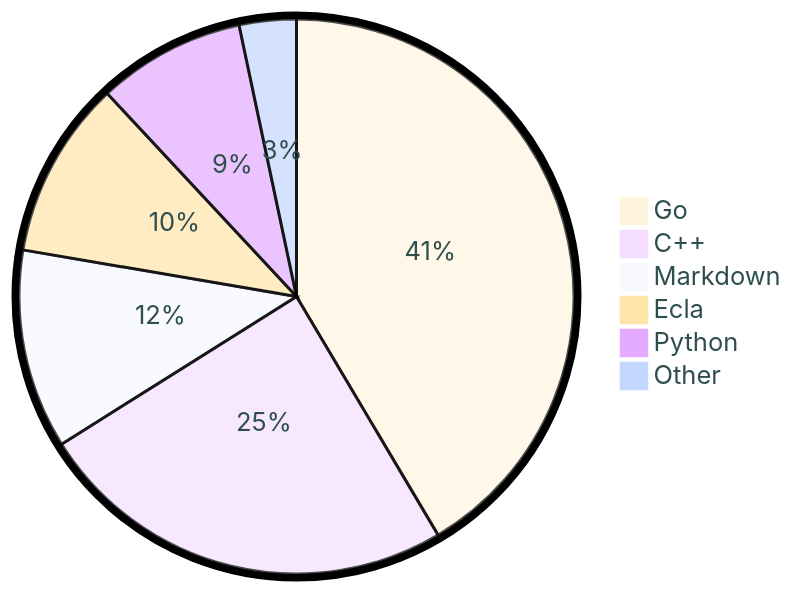
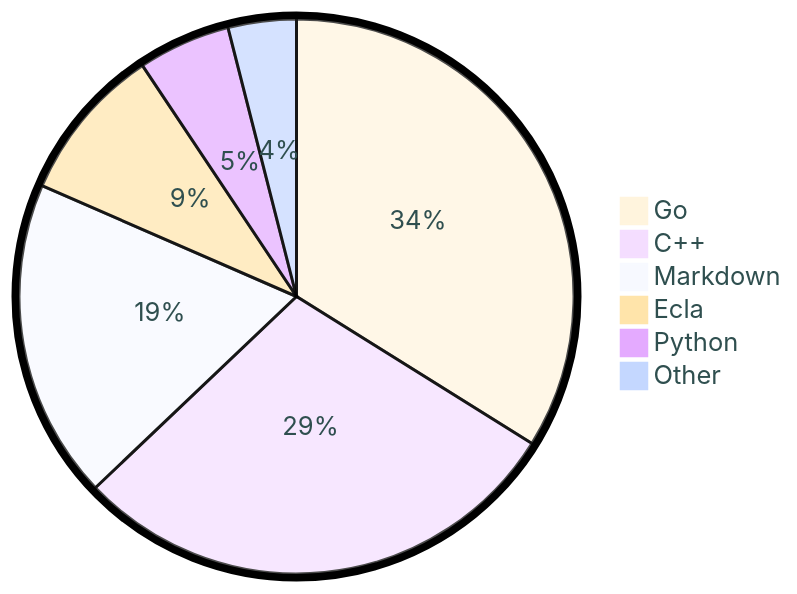
The diagram in README.md (tot0p/tot0p), drawn with Mermaid before and after one commit. The commit also changed other lines of this file, not shown here.

````diff
--- a/README.md
+++ b/README.md
@@ -84,10 +86,10 @@
 ```mermaid
 %%{init: {"pie": {"textPosition": 0.5}, "themeVariables": {"pieOuterStrokeWidth": "5px","primaryTextColor" : "#2F4F4F"},"theme":"base"} }%%
 pie
-	"Go": 41.47
-	"C++": 24.59
-	"Markdown": 11.62
-	"Ecla": 10.37
-	"Python": 8.62
-	"Other": 3.32
+	"Go": 33.88
+	"C++": 29.02
+	"Markdown": 18.64
+	"Ecla": 9.1
+	"Python": 5.39
+	"Other": 3.9699999999999993
 ```
````
